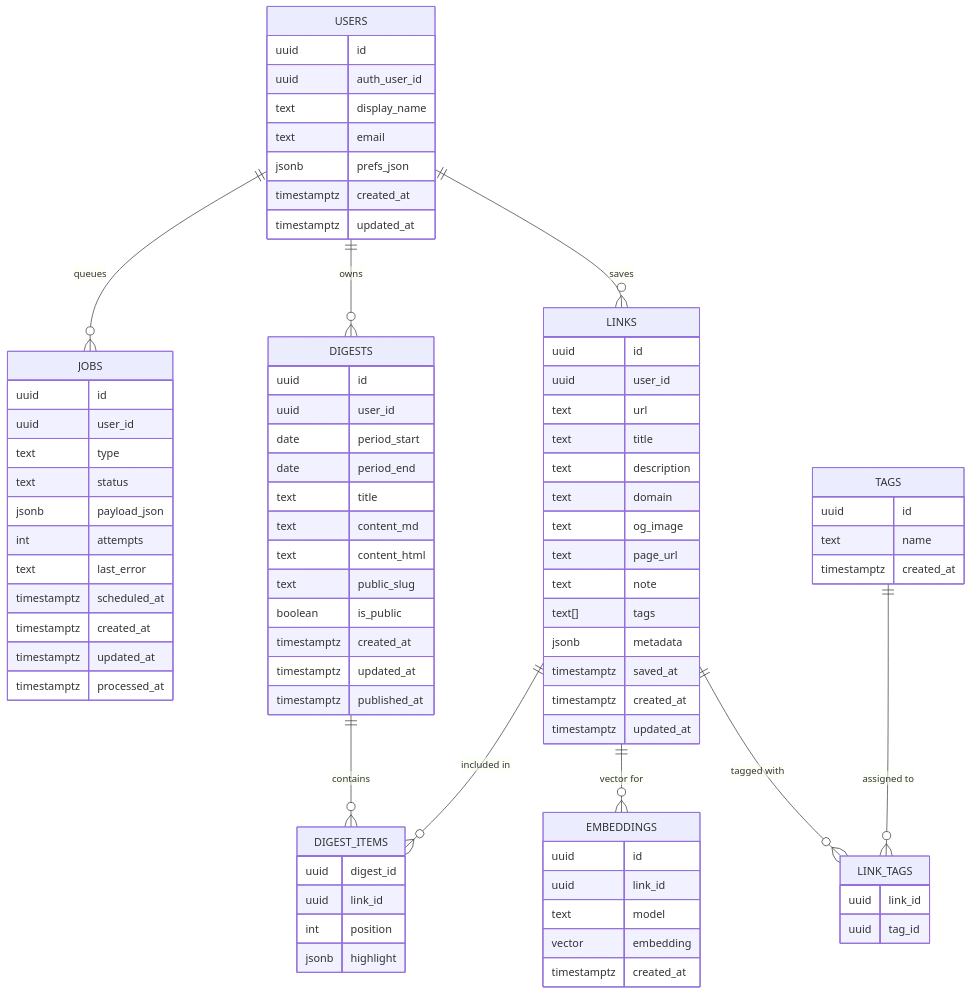
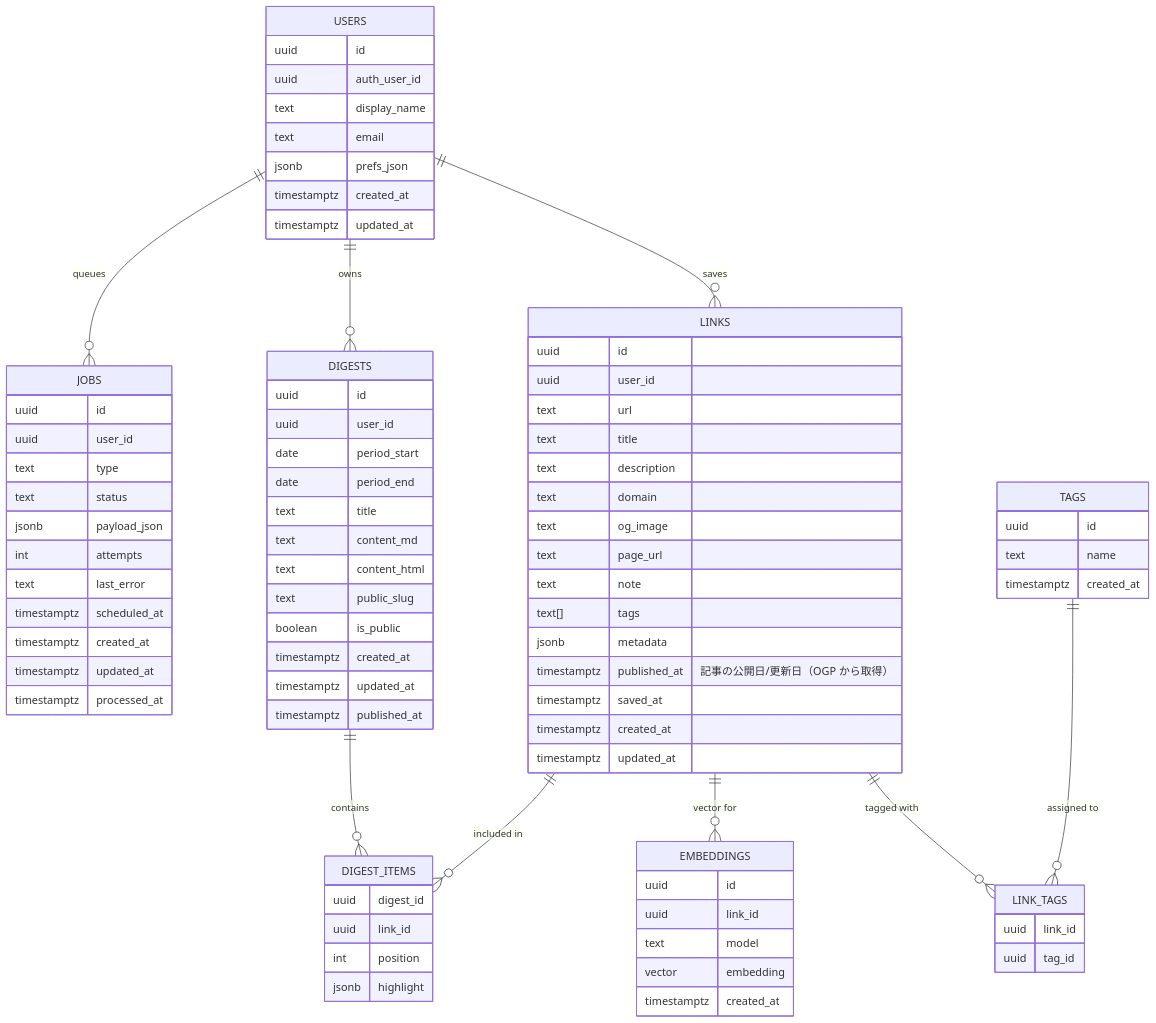
The seventh of 7 diagrams in documents/architecture.md (lvncer/quicklinks), drawn with Mermaid before and after one commit. The commit also changed other lines of this file and 2 other files, not shown here.

First line of the commit message:
docs: Update documentation for published date feature

```diff
--- a/documents/architecture.md
+++ b/documents/architecture.md
@@ -268,6 +272,7 @@
     text note
     text[] tags
     jsonb metadata
+    timestamptz published_at "記事の公開日/更新日（OGP から取得）"
     timestamptz saved_at
     timestamptz created_at
     timestamptz updated_at
```
